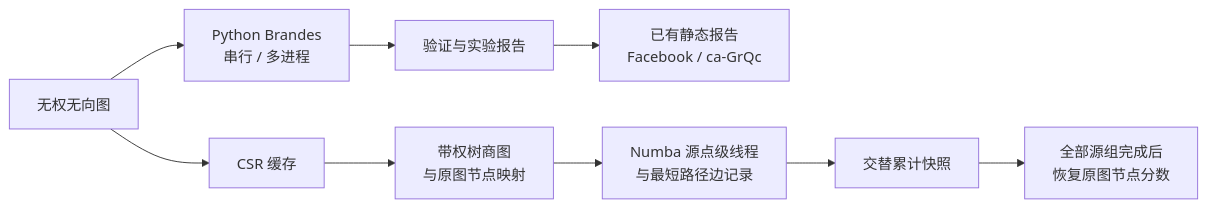
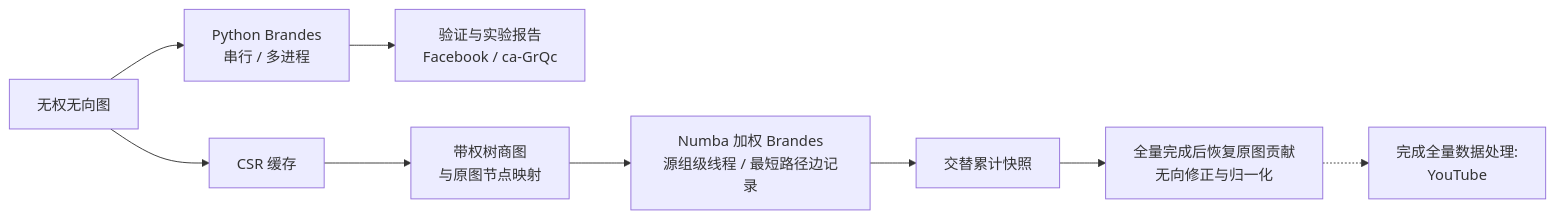
Before and after one commit to lyx0902/LinkRadar: the diagram in README.md, drawn with Mermaid. The commit also changed other lines of this file and 11 other files, not shown here.

````diff
--- a/README.md
+++ b/README.md
@@ -68,11 +27,11 @@
 ```mermaid
 flowchart LR
     G["无权无向图"] --> P["Python Brandes<br/>串行 / 多进程"]
-    P --> V["验证与实验报告"]
-    V --> W["已有静态报告<br/>Facebook / ca-GrQc"]
+    P --> V["验证与实验报告<br/>Facebook / ca-GrQc"]
     G --> C["CSR 缓存"]
     C --> Q["带权树商图<br/>与原图节点映射"]
-    Q --> N["Numba 源点级线程<br/>与最短路径边记录"]
+    Q --> N["Numba 加权 Brandes<br/>源组级线程 / 最短路径边记录"]
     N --> S["交替累计快照"]
-    S --> R["全部源组完成后<br/>恢复原图节点分数"]
+    S --> R["全量完成后恢复原图贡献<br/>无向修正与归一化"]
+    R -.->W["完成全量数据处理:<br/> YouTube"]
 ```
````
